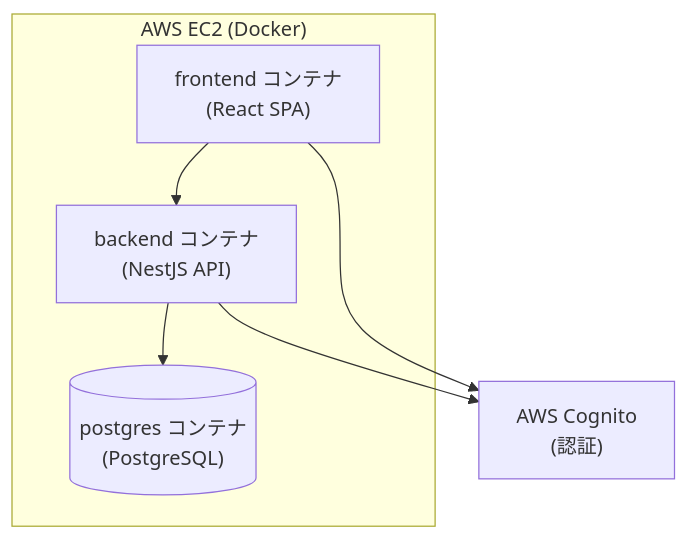
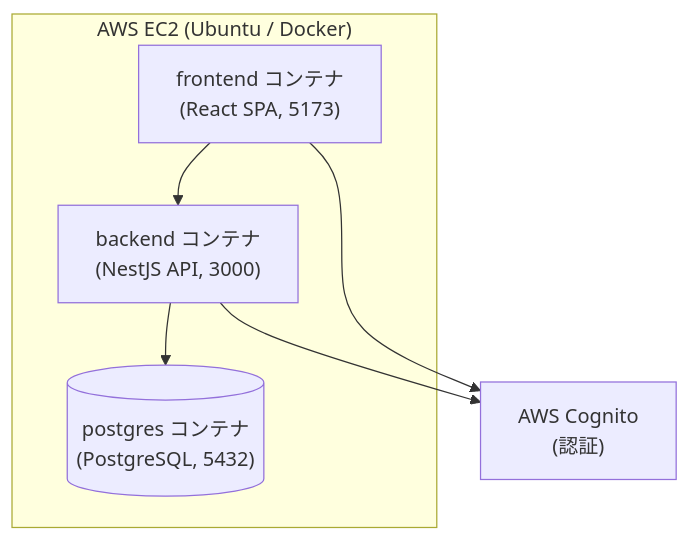
Before and after one commit to jaeil086/tcpProject: the diagram in infra/ec2/README.md, drawn with Mermaid. The commit also changed other lines of this file and 2 other files, not shown here.

Commit message:
docs: EC2(Ubuntu)デプロイ手順の更新と DB シードスクリプトの追加

````diff
--- a/infra/ec2/README.md
+++ b/infra/ec2/README.md
@@ -7,14 +7,14 @@
 ```mermaid
 graph TB
-    subgraph EC2["AWS EC2 (Docker)"]
-        FE["frontend コンテナ<br/>(React SPA)"]
-        BE["backend コンテナ<br/>(NestJS API)"]
-        DB[("postgres コンテナ<br/>(PostgreSQL)")]
+    subgraph EC2["AWS EC2 (Ubuntu / Docker)"]
+        FE["frontend コンテナ<br/>(React SPA, 5173)"]
+        BE["backend コンテナ<br/>(NestJS API, 3000)"]
+        DB[("postgres コンテナ<br/>(PostgreSQL, 5432)")]
     end
     COG["AWS Cognito<br/>(認証)"]
 
     FE --> BE
     BE --> DB
     FE --> COG
     BE --> COG
 ```
````
